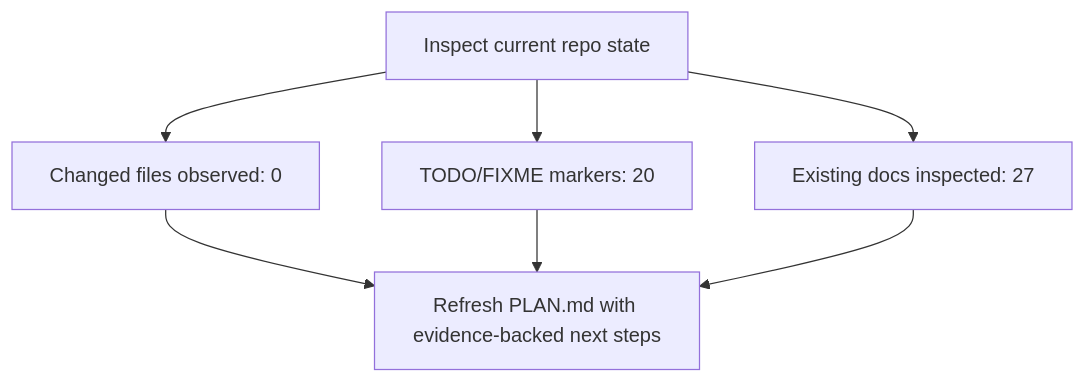
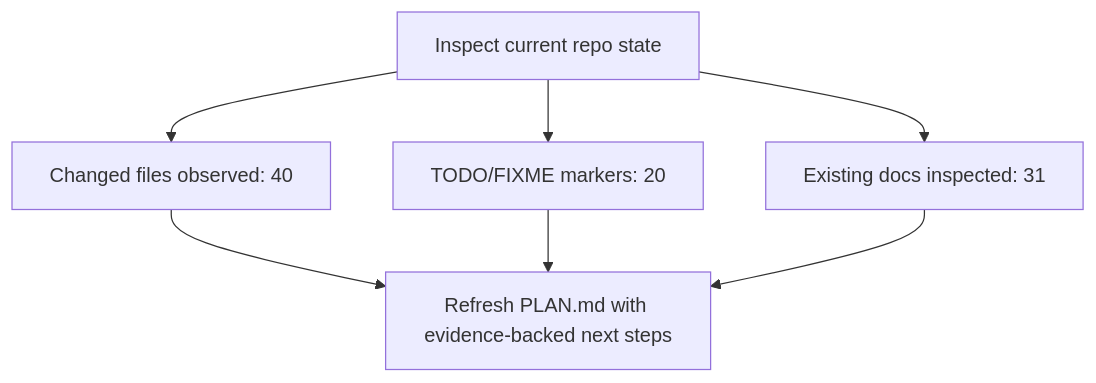
One commit to macho715/CODEX_SKILL changed the diagram in docs/project-docs/PLAN.md. Above: the diagram before and after it, drawn with Mermaid. The commit also changed other lines of this file and 148 other files, not shown here.

````diff
--- a/docs/project-docs/PLAN.md
+++ b/docs/project-docs/PLAN.md
@@ -9,14 +9,14 @@
 ```mermaid
 flowchart TD
     evidence["Inspect current repo state"]
-    changes["Changed files observed: 0"]
+    changes["Changed files observed: 40"]
     todos["TODO/FIXME markers: 20"]
-    docs["Existing docs inspected: 27"]
+    docs["Existing docs inspected: 31"]
     plan["Refresh PLAN.md with evidence-backed next steps"]
     evidence --> changes
     evidence --> todos
     evidence --> docs
     changes --> plan
     todos --> plan
     docs --> plan
 ```
````
